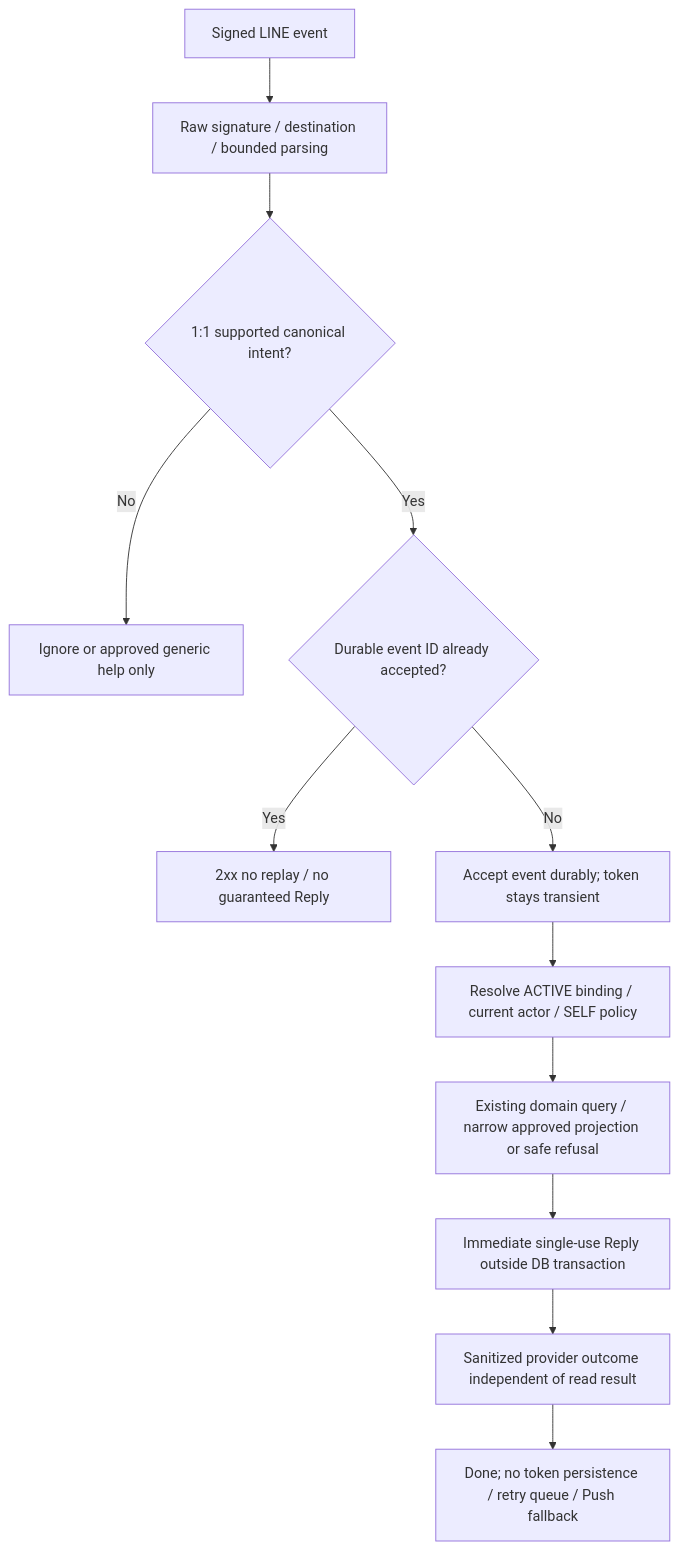
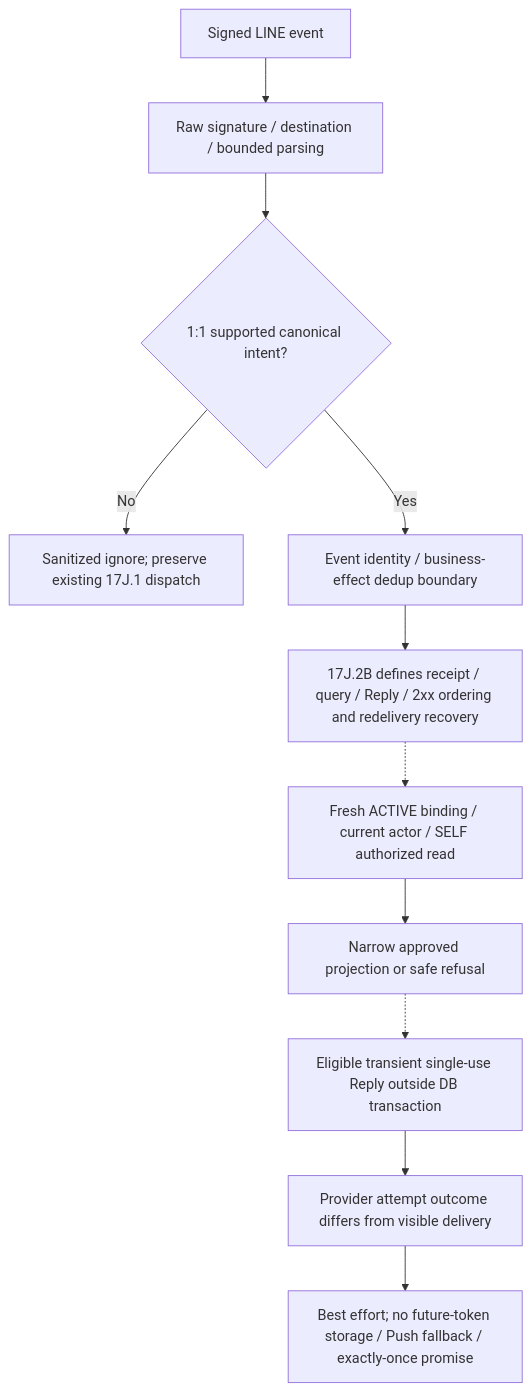
Before and after one commit to bait0ngxaxa/demi: the diagram in docs/phases/PHASE_17J2A_REACTIVE_MESSAGING_DECISION_PACK.md, drawn with Mermaid. The commit also changed other lines of this file and 1 other file, not shown here.

````diff
--- a/docs/phases/PHASE_17J2A_REACTIVE_MESSAGING_DECISION_PACK.md
+++ b/docs/phases/PHASE_17J2A_REACTIVE_MESSAGING_DECISION_PACK.md
@@ -160,14 +173,13 @@
 ```mermaid
 flowchart TD
     A[Signed LINE event] --> B[Raw signature / destination / bounded parsing]
     B --> C{1:1 supported canonical intent?}
-    C -->|No| I[Ignore or approved generic help only]
-    C -->|Yes| D{Durable event ID already accepted?}
-    D -->|Yes| Z[2xx no replay / no guaranteed Reply]
-    D -->|No| E[Accept event durably; token stays transient]
-    E --> F[Resolve ACTIVE binding / current actor / SELF policy]
-    F --> G[Existing domain query / narrow approved projection or safe refusal]
-    G --> H[Immediate single-use Reply outside DB transaction]
-    H --> J[Sanitized provider outcome independent of read result]
-    J --> K[Done; no token persistence / retry queue / Push fallback]
+    C -->|No| I[Sanitized ignore; preserve existing 17J.1 dispatch]
+    C -->|Yes| D[Event identity / business-effect dedup boundary]
+    D --> E[17J.2B defines receipt / query / Reply / 2xx ordering and redelivery recovery]
+    E -.-> F[Fresh ACTIVE binding / current actor / SELF authorized read]
+    F --> G[Narrow approved projection or safe refusal]
+    G -.-> H[Eligible transient single-use Reply outside DB transaction]
+    H --> J[Provider attempt outcome differs from visible delivery]
+    J --> K[Best effort; no future-token storage / Push fallback / exactly-once promise]
 ```
````
